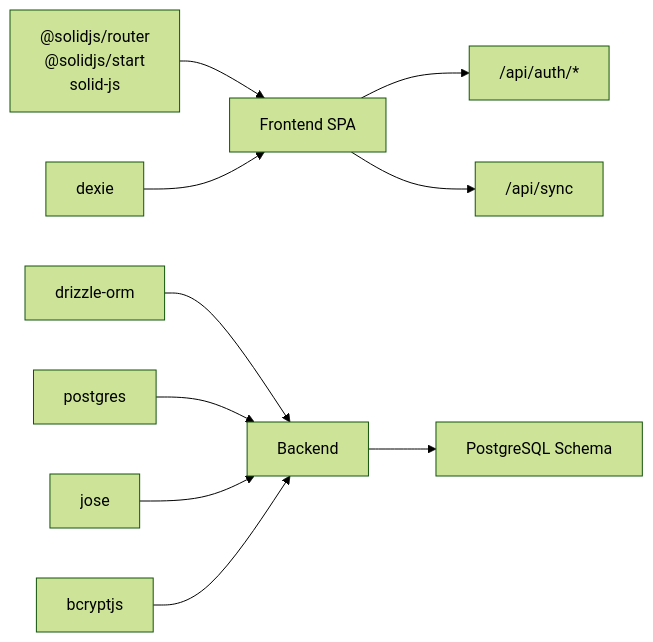
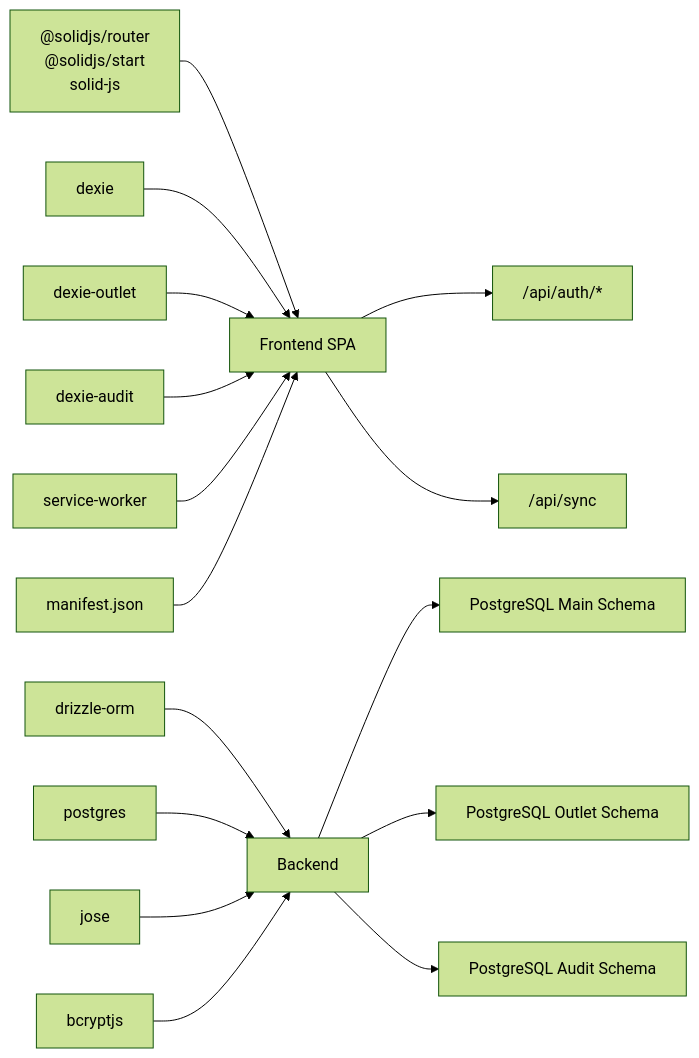
Diagram 13 of 13 in .qoder/repowiki/en/content/Architecture Overview.md (riod94/ngepos), drawn with Mermaid (forest theme) before and after one commit. The commit also changed other lines of this file and 18 other files, not shown here.

````diff
--- a/.qoder/repowiki/en/content/Architecture Overview.md
+++ b/.qoder/repowiki/en/content/Architecture Overview.md
@@ -417,12 +803,18 @@
 ```mermaid
 graph LR
 Solid["@solidjs/router<br/>@solidjs/start<br/>solid-js"] --> Frontend["Frontend SPA"]
 Dexie["dexie"] --> Frontend
+DexieOutlet["dexie-outlet"] --> Frontend
+DexieAudit["dexie-audit"] --> Frontend
 Drizzle["drizzle-orm"] --> Backend["Backend"]
 Postgres["postgres"] --> Backend
 JWT["jose"] --> Backend
 Bcrypt["bcryptjs"] --> Backend
+ServiceWorker["service-worker"] --> Frontend
+Manifest["manifest.json"] --> Frontend
 Frontend --> AuthAPI["/api/auth/*"]
 Frontend --> SyncAPI["/api/sync"]
-Backend --> Schema["PostgreSQL Schema"]
+Backend --> SchemaMain["PostgreSQL Main Schema"]
+Backend --> SchemaOutlet["PostgreSQL Outlet Schema"]
+Backend --> SchemaAudit["PostgreSQL Audit Schema"]
 ```
````
